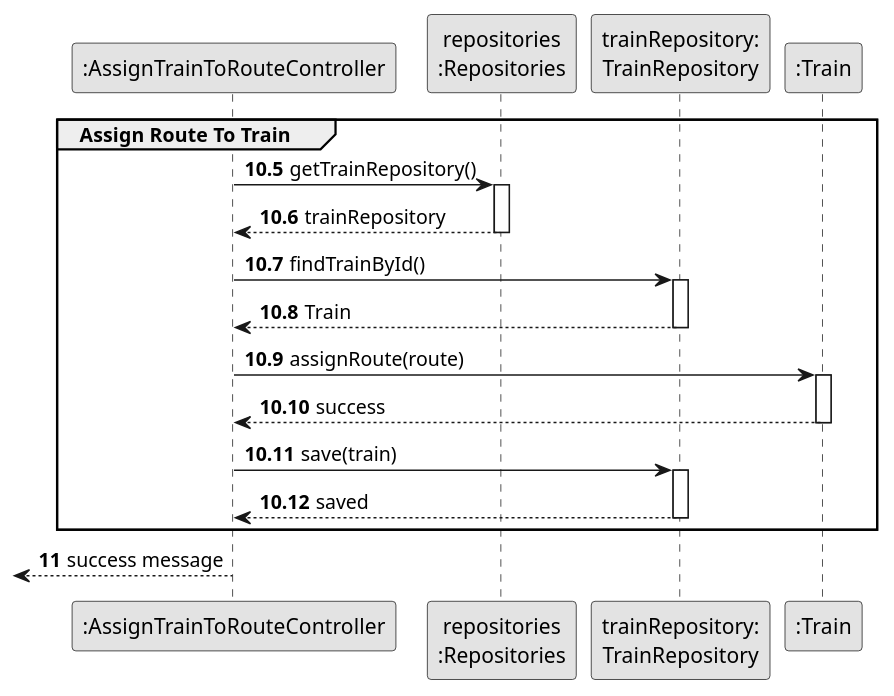
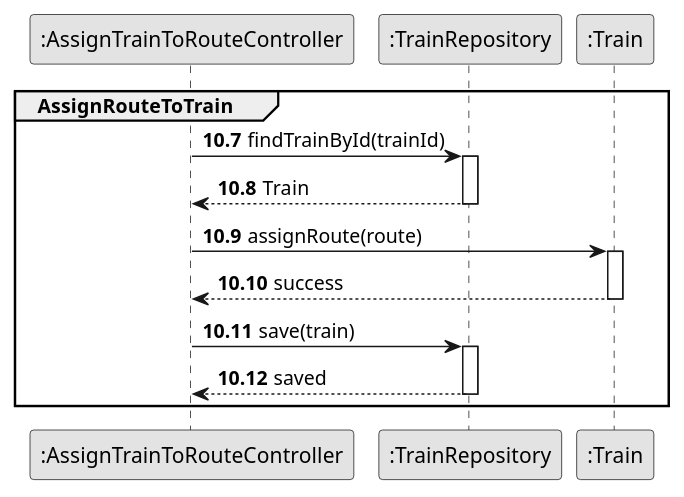
One commit to 1240826/empire-on-tracks changed the diagram in docs/system-documentation/US010/03.design/puml/US010-SD-assign-route-to-train.puml. Above: the diagram before and after it, drawn with PlantUML. The commit also changed 24 other files, not shown here.

```diff
--- a/docs/system-documentation/US010/03.design/puml/US010-SD-assign-route-to-train.puml
+++ b/docs/system-documentation/US010/03.design/puml/US010-SD-assign-route-to-train.puml
@@ -1,41 +1,28 @@
 @startuml
 skinparam monochrome true
 skinparam packageStyle rectangle
 skinparam shadowing false
 
-'hide footbox
+participant ":AssignTrainToRouteController" as Controller
+participant ":TrainRepository"            as TrainRepo
+participant ":Train"                      as Train
 
-participant ":AssignTrainToRouteController" as Controller
-participant "repositories\n:Repositories" as ReposSingleton
-participant "trainRepository:\nTrainRepository" as TrainRepo
-participant ":Train" as Train
+autonumber 10.7
 
-autonumber 10.5
-    group Assign Route To Train
+group AssignRouteToTrain
+    Controller -> TrainRepo : findTrainById(trainId)
+    activate TrainRepo
+    TrainRepo --> Controller : Train
+    deactivate TrainRepo
 
-        Controller -> ReposSingleton : getTrainRepository()
-        activate ReposSingleton
-            ReposSingleton --> Controller : trainRepository
-        deactivate ReposSingleton
+    Controller -> Train : assignRoute(route)
+    activate Train
+    Train --> Controller : success
+    deactivate Train
 
-        Controller -> TrainRepo : findTrainById()
-        activate TrainRepo
-            TrainRepo --> Controller : Train
-        deactivate TrainRepo
-
-        Controller -> Train : assignRoute(route)
-        activate Train
-            Train --> Controller : success
-        deactivate Train
-
-        Controller -> TrainRepo : save(train)
-        activate TrainRepo
-            TrainRepo --> Controller : saved
-        deactivate TrainRepo
-
-    end
-    autonumber 11
-    <-- Controller : success message
-deactivate Controller
-
+    Controller -> TrainRepo : save(train)
+    activate TrainRepo
+    TrainRepo --> Controller : saved
+    deactivate TrainRepo
+end
 @enduml
```
